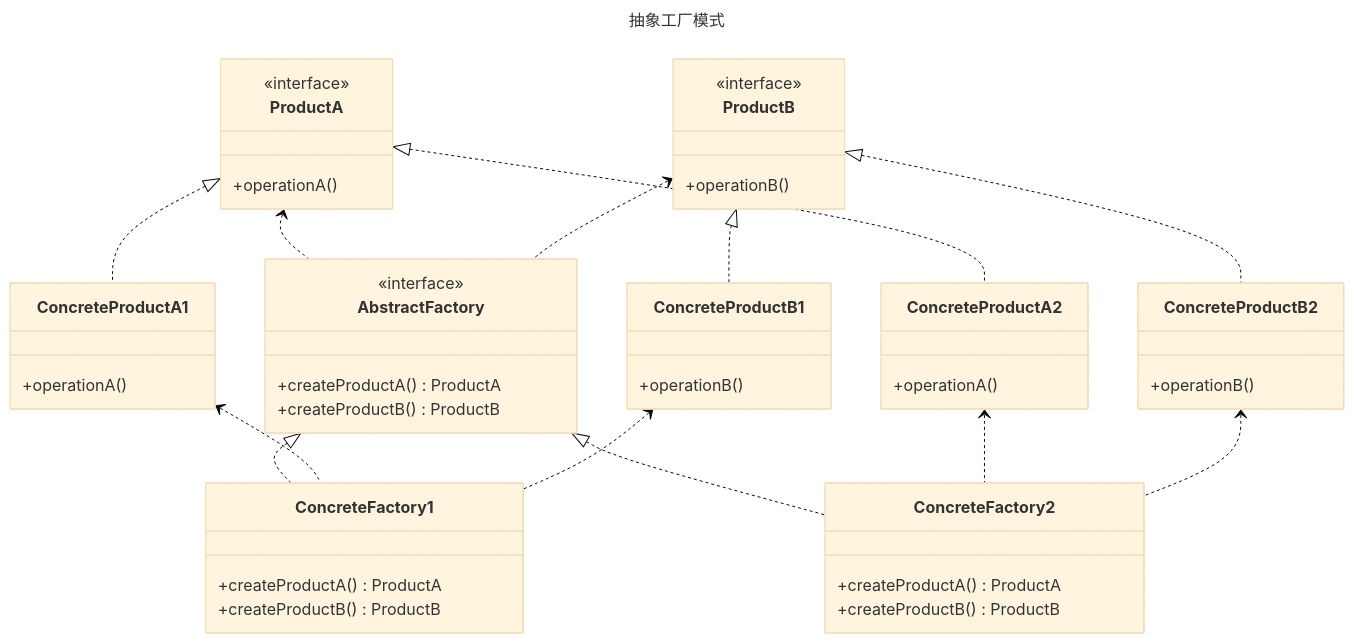
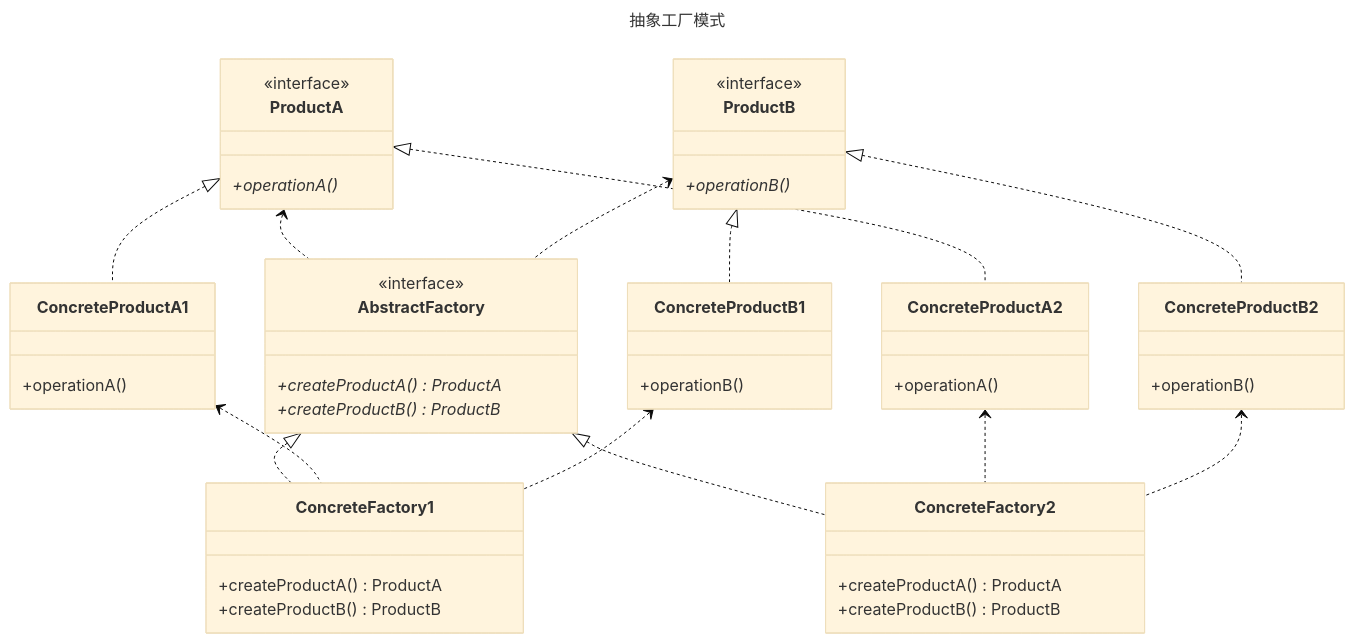
The diagram in abstract-factory/README.md (fengyun89/typescript-design-patterns), drawn with Mermaid (base theme) before and after one commit. The commit also changed 22 other files, not shown here.

Commit message:
结构型模式类图

````diff
--- a/abstract-factory/README.md
+++ b/abstract-factory/README.md
@@ -1,51 +1,51 @@
 ```mermaid
 ---
 title: 抽象工厂模式
 ---
 classDiagram
     class ProductA {
         <<interface>>
-        +operationA()
+        +operationA()*
     }
     class ConcreteProductA1 {
         +operationA()
     }
     class ConcreteProductA2 {
         +operationA()
     }
     class ProductB {
         <<interface>>
-        +operationB()
+        +operationB()*
     }
     class ConcreteProductB1 {
         +operationB()
     }
     class ConcreteProductB2 {
         +operationB()
     }
     class AbstractFactory {
         <<interface>>
-        +createProductA() ProductA
-        +createProductB() ProductB
+        +createProductA()* ProductA
+        +createProductB()* ProductB
     }
     class ConcreteFactory1 {
         +createProductA() ProductA
         +createProductB() ProductB
     }
     class ConcreteFactory2 {
         +createProductA() ProductA
         +createProductB() ProductB
     }
     ProductA <|.. ConcreteProductA1
     ProductA <|.. ConcreteProductA2 
     ProductB <|.. ConcreteProductB1 
     ProductB <|.. ConcreteProductB2 
     AbstractFactory <|.. ConcreteFactory1
     AbstractFactory <|.. ConcreteFactory2
     ProductA <.. AbstractFactory
     ProductB <.. AbstractFactory
     ConcreteProductA1 <.. ConcreteFactory1
     ConcreteProductB1 <.. ConcreteFactory1
     ConcreteProductA2 <.. ConcreteFactory2
     ConcreteProductB2 <.. ConcreteFactory2
 ```
````
